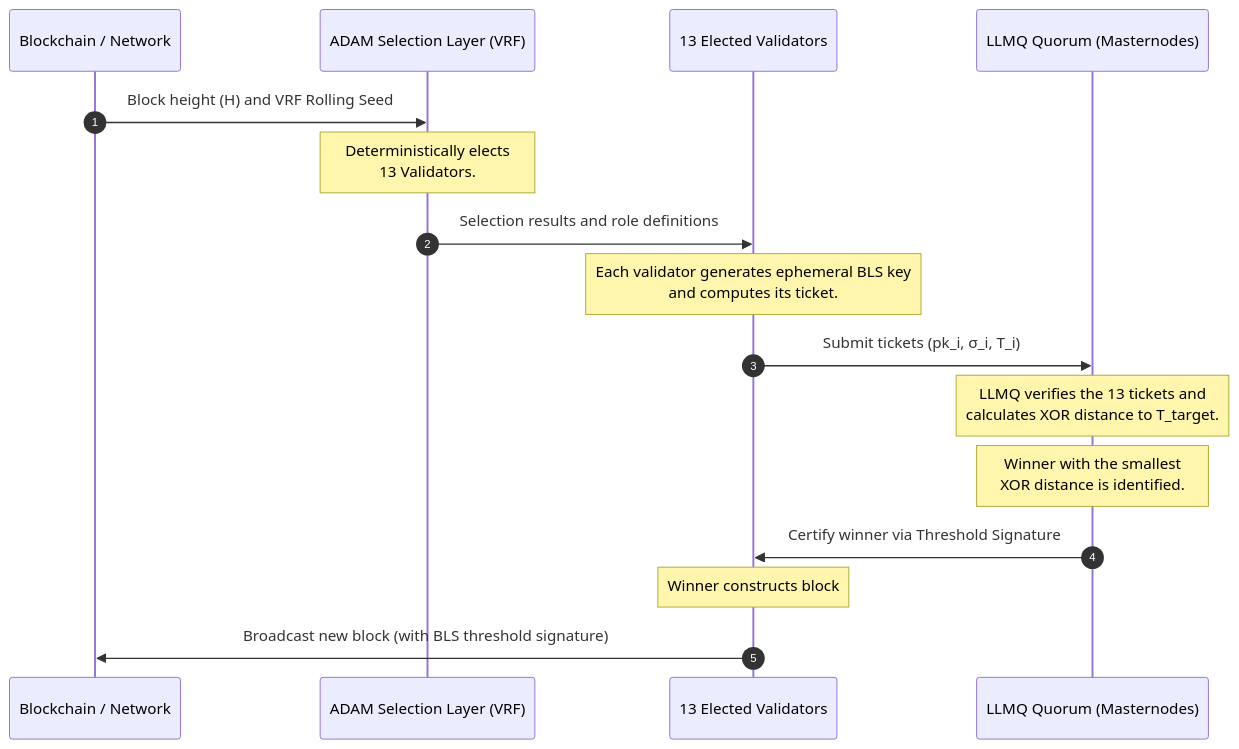
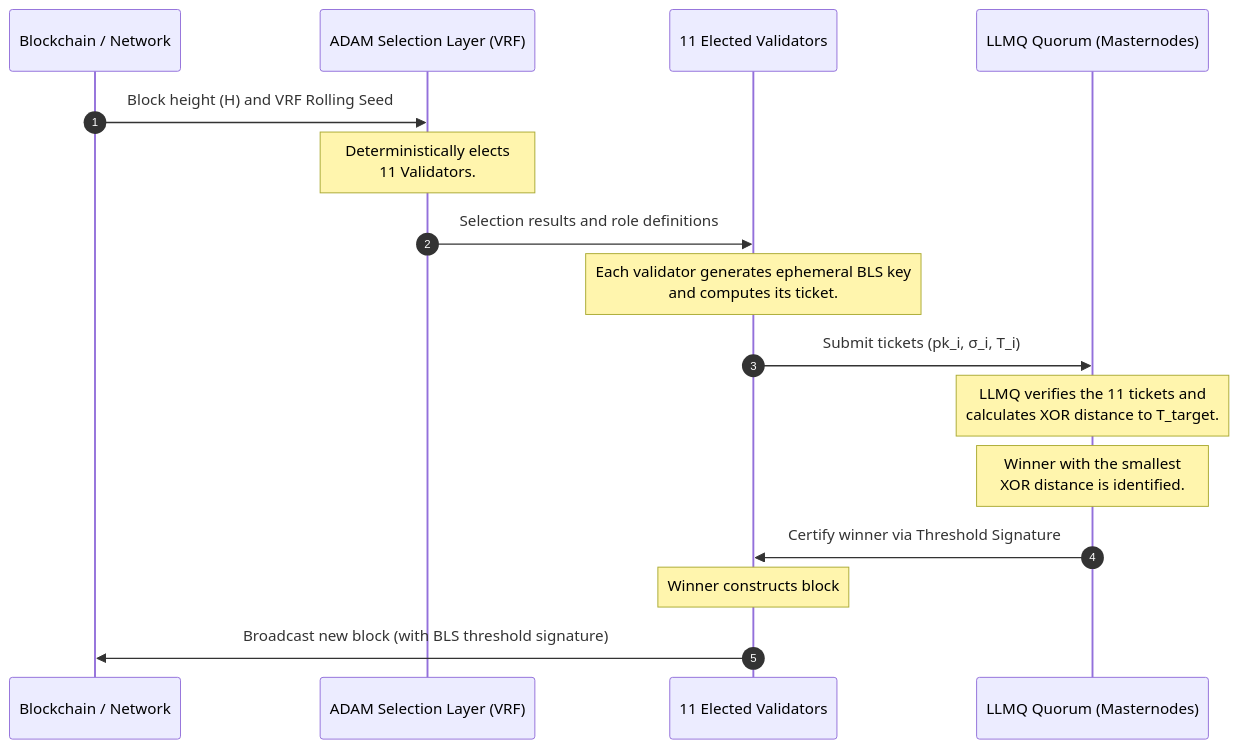
Before and after one commit to bedri/KristaTech-KRISTA: the diagram in doc/PoBLS_Consensus.md, drawn with Mermaid. The commit also changed other lines of this file and 41 other files, not shown here.

````diff
--- a/doc/PoBLS_Consensus.md
+++ b/doc/PoBLS_Consensus.md
@@ -91,22 +91,22 @@
 ```mermaid
 sequenceDiagram
     autonumber
     participant Network as Blockchain / Network
     participant ADAM as ADAM Selection Layer (VRF)
-    participant Validators as 13 Elected Validators
+    participant Validators as 11 Elected Validators
     participant LLMQ as LLMQ Quorum (Masternodes)
     
     Network->>ADAM: Block height (H) and VRF Rolling Seed
-    Note over ADAM: Deterministically elects<br/>13 Validators.
+    Note over ADAM: Deterministically elects<br/>11 Validators.
     ADAM->>Validators: Selection results and role definitions
     
     Note over Validators: Each validator generates ephemeral BLS key<br/>and computes its ticket.
     Validators->>LLMQ: Submit tickets (pk_i, σ_i, T_i)
     
-    Note over LLMQ: LLMQ verifies the 13 tickets and<br/>calculates XOR distance to T_target.
+    Note over LLMQ: LLMQ verifies the 11 tickets and<br/>calculates XOR distance to T_target.
     Note over LLMQ: Winner with the smallest<br/>XOR distance is identified.
     LLMQ->>Validators: Certify winner via Threshold Signature
     
     Note over Validators: Winner constructs block
     Validators->>Network: Broadcast new block (with BLS threshold signature)
 ```
````
